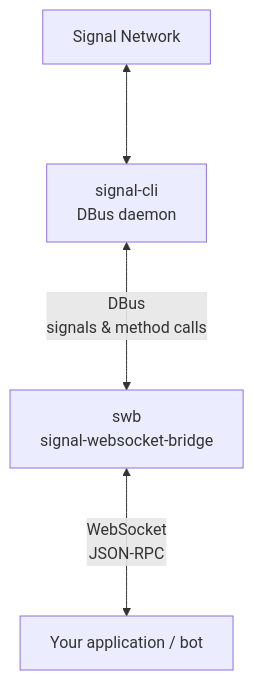
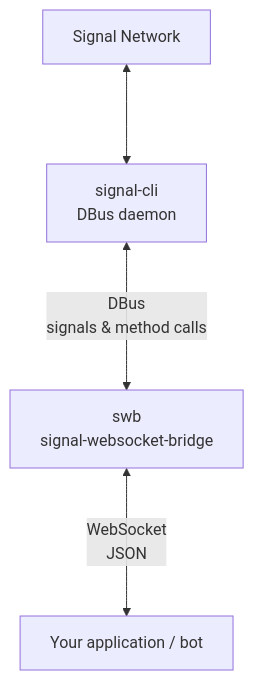
One commit to smeinecke/signal-websocket-bridge changed the diagram in README.md. Above: the diagram before and after it, drawn with Mermaid. The commit also changed other lines of this file, not shown here.

First line of the commit message:
Update README.md to clarify WebSocket bridge architecture and improve formatting

````diff
--- a/README.md
+++ b/README.md
@@ -7,6 +7,6 @@
 ```mermaid
 flowchart TD
     Signal[Signal Network] <---> signal-cli[signal-cli<br/>DBus daemon]
     signal-cli <--->|DBus<br/>signals & method calls| swb[swb<br/>signal-websocket-bridge]
-    swb <--->|WebSocket<br/>JSON-RPC| App[Your application / bot]
+    swb <--->|WebSocket<br/>JSON| App[Your application / bot]
 ```
````
